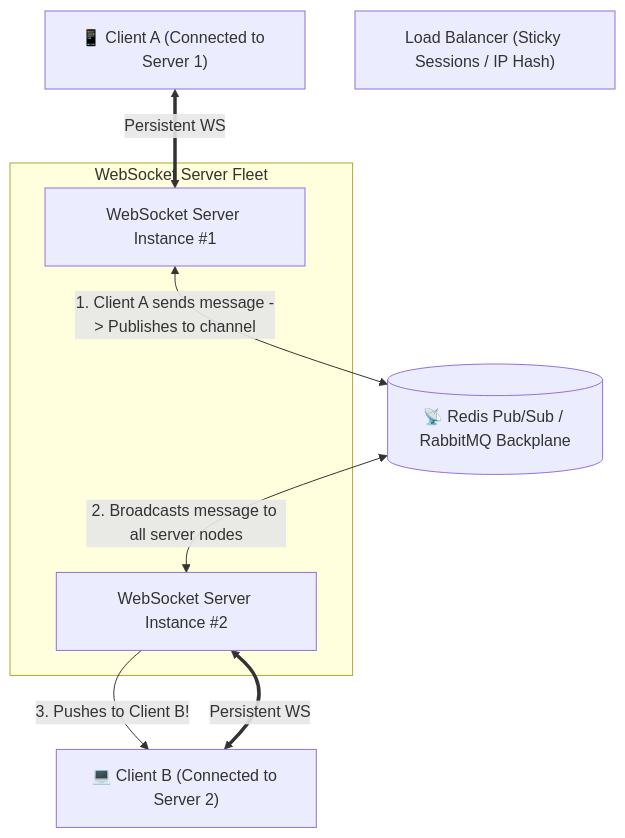
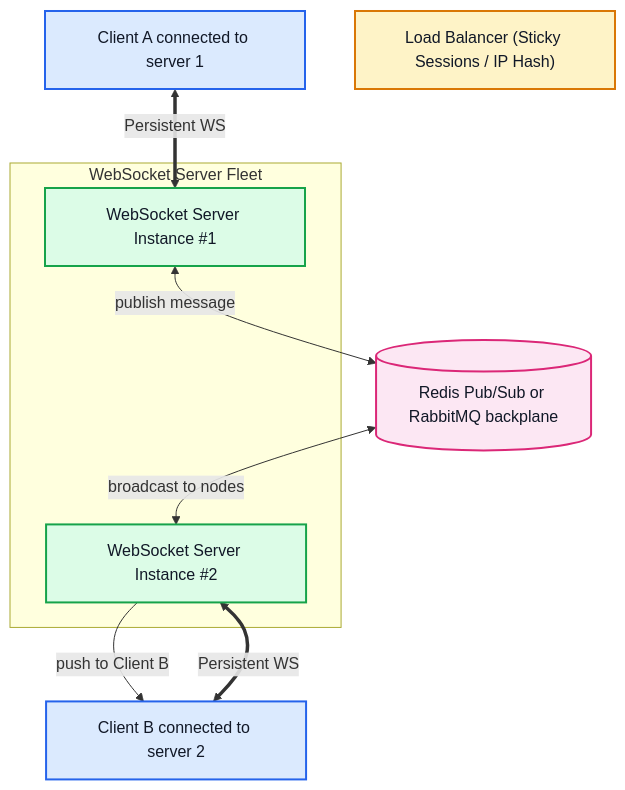
Before and after one commit to Aryan107rn/Obsidian_Second_Brain: the second of 2 diagrams in Computer Science/Web Development/APIs/WebSocket.md, drawn with Mermaid. The commit also changed other lines of this file and 37 other files, not shown here.

````diff
--- a/Computer Science/Web Development/APIs/WebSocket.md
+++ b/Computer Science/Web Development/APIs/WebSocket.md
@@ -127,21 +115,30 @@
 ```mermaid
 flowchart TD
-    ClientA["📱 Client A (Connected to Server 1)"]
-    ClientB["💻 Client B (Connected to Server 2)"]
+    ClientA["Client A connected to server 1"]
+    ClientB["Client B connected to server 2"]
     
     LB["Load Balancer (Sticky Sessions / IP Hash)"]
     
     subgraph WebSockets["WebSocket Server Fleet"]
         WS1["WebSocket Server Instance #1"]
         WS2["WebSocket Server Instance #2"]
     end
 
-    Broker[("📡 Redis Pub/Sub / RabbitMQ Backplane")]
+    Broker[("Redis Pub/Sub or RabbitMQ backplane")]
 
     ClientA <==>|Persistent WS| WS1
     ClientB <==>|Persistent WS| WS2
 
-    WS1 <-->|"1. Client A sends message -> Publishes to channel"| Broker
-    Broker <-->|"2. Broadcasts message to all server nodes"| WS2
-    WS2 -->|"3. Pushes to Client B!"| ClientB
+    WS1 <-->|"publish message"| Broker
+    Broker <-->|"broadcast to nodes"| WS2
+    WS2 -->|"push to Client B"| ClientB
+
+    classDef client fill:#DBEAFE,stroke:#2563EB,color:#111827,stroke-width:2px
+    classDef lb fill:#FEF3C7,stroke:#D97706,color:#111827,stroke-width:2px
+    classDef server fill:#DCFCE7,stroke:#16A34A,color:#111827,stroke-width:2px
+    classDef broker fill:#FCE7F3,stroke:#DB2777,color:#111827,stroke-width:2px
+    class ClientA,ClientB client
+    class LB lb
+    class WS1,WS2 server
+    class Broker broker
 ```
````
